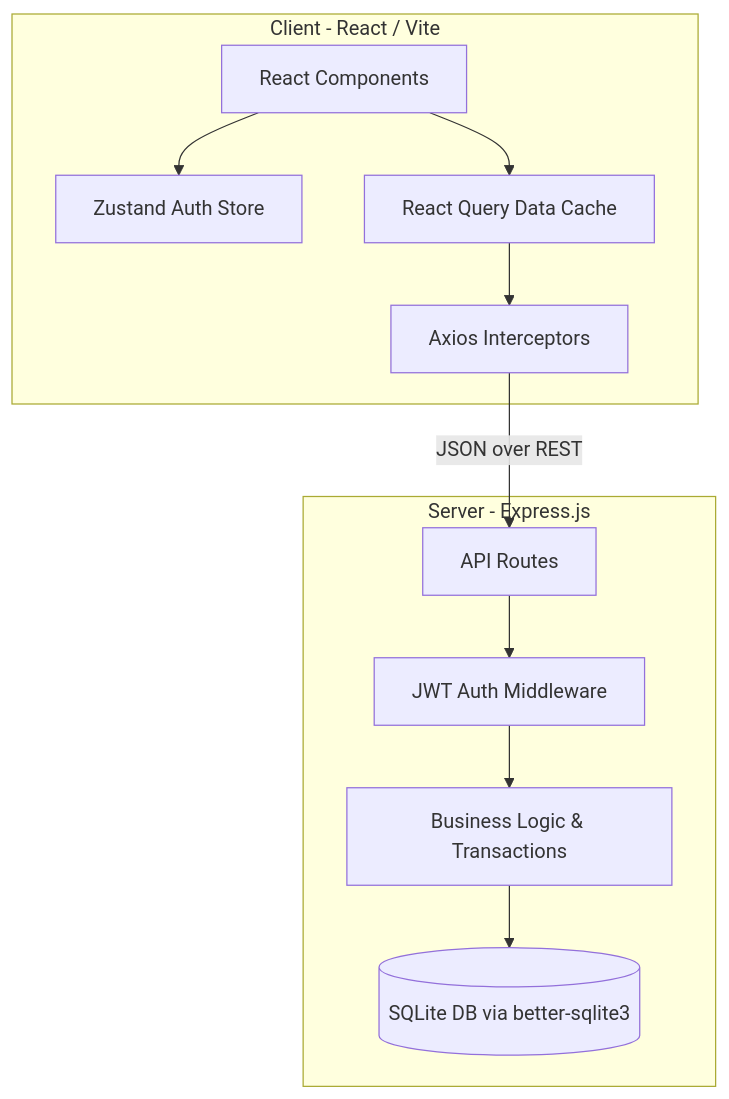
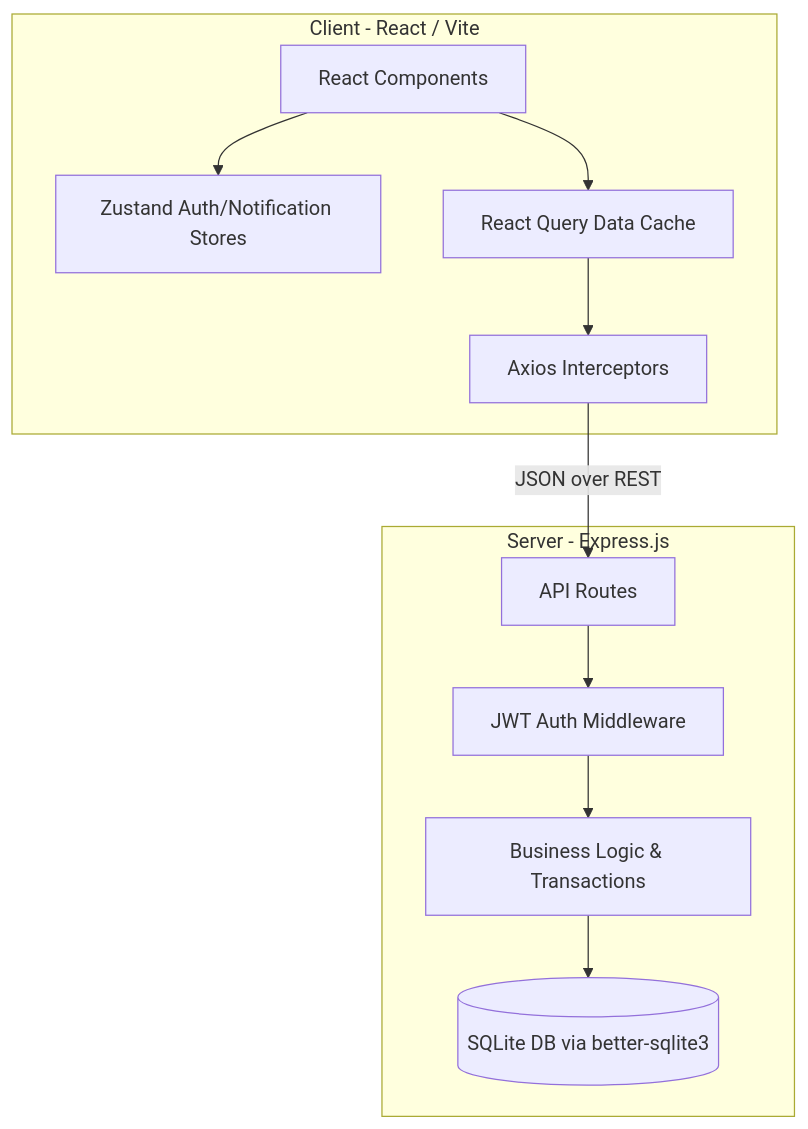
One commit to ascend-x/vritti changed the first of 2 diagrams in README.md. Above: the diagram before and after it, drawn with Mermaid. The commit also changed other lines of this file, not shown here.

````diff
--- a/README.md
+++ b/README.md
@@ -12,15 +12,15 @@
 ```mermaid
 graph TD
     subgraph Frontend [Client - React / Vite]
-        UI[React Components] --> Store[Zustand Auth Store]
+        UI[React Components] --> Store[Zustand Auth/Notification Stores]
         UI --> RQ[React Query Data Cache]
         RQ --> Axios[Axios Interceptors]
     end
 
     subgraph Backend [Server - Express.js]
         Axios -->|JSON over REST| Routes[API Routes]
         Routes --> Auth[JWT Auth Middleware]
         Auth --> Services[Business Logic & Transactions]
         Services --> DB[(SQLite DB via better-sqlite3)]
     end
 ```
````
